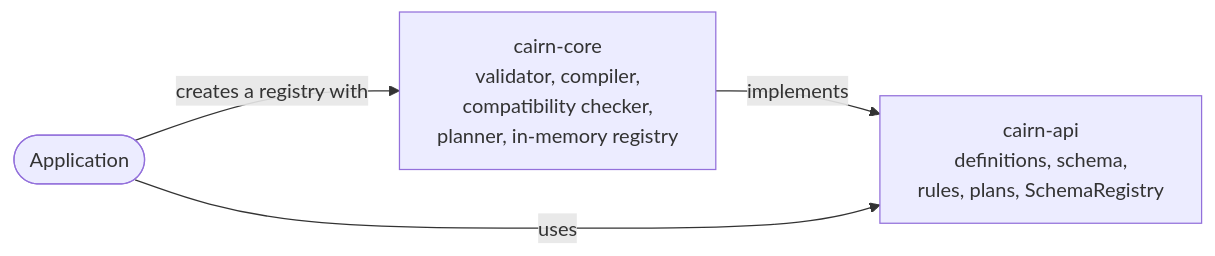
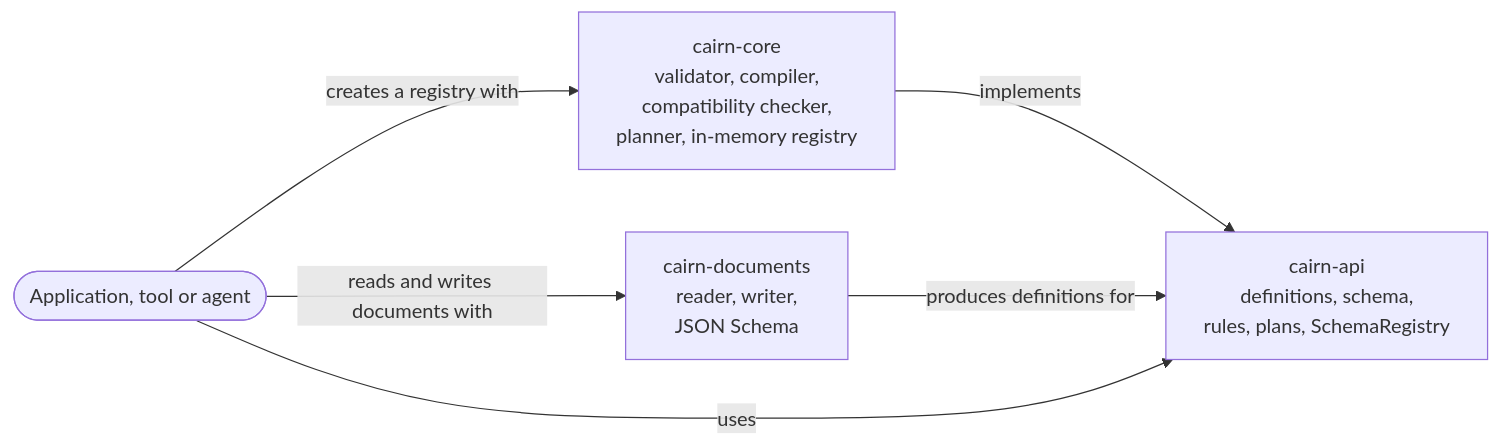
Before and after one commit to enricoag1982/Cairn: the second of 2 diagrams in docs/architecture/README.md, drawn with Mermaid. The commit also changed other lines of this file and 2 other files, not shown here.

First line of the commit message:
docs: add cairn-documents to the architecture page and repository map

````diff
--- a/docs/architecture/README.md
+++ b/docs/architecture/README.md
@@ -68,6 +69,8 @@
 ```mermaid
 flowchart LR
     core[cairn-core<br/>validator, compiler,<br/>compatibility checker,<br/>planner, in-memory registry] -->|implements| api[cairn-api<br/>definitions, schema,<br/>rules, plans, SchemaRegistry]
-    app([Application]) -->|uses| api
+    docs[cairn-documents<br/>reader, writer,<br/>JSON Schema] -->|produces definitions for| api
+    app([Application, tool or agent]) -->|uses| api
     app -->|creates a registry with| core
+    app -->|reads and writes documents with| docs
 ```
````
